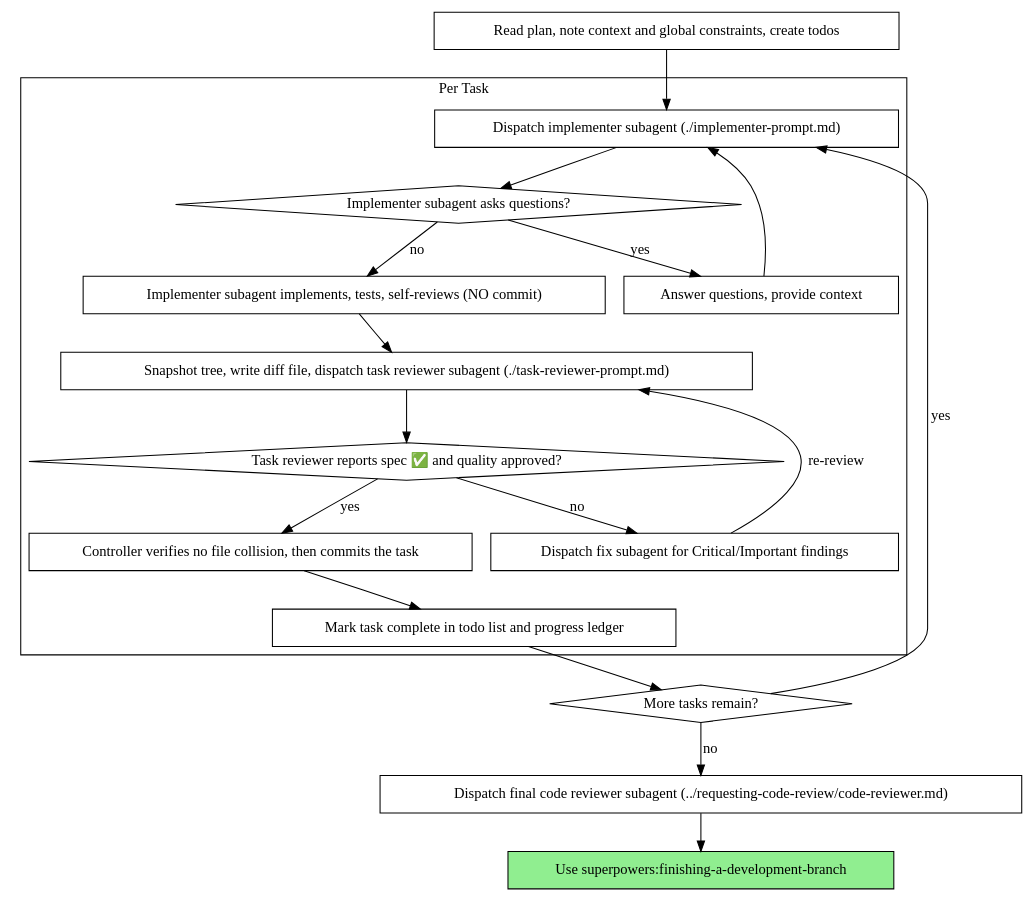
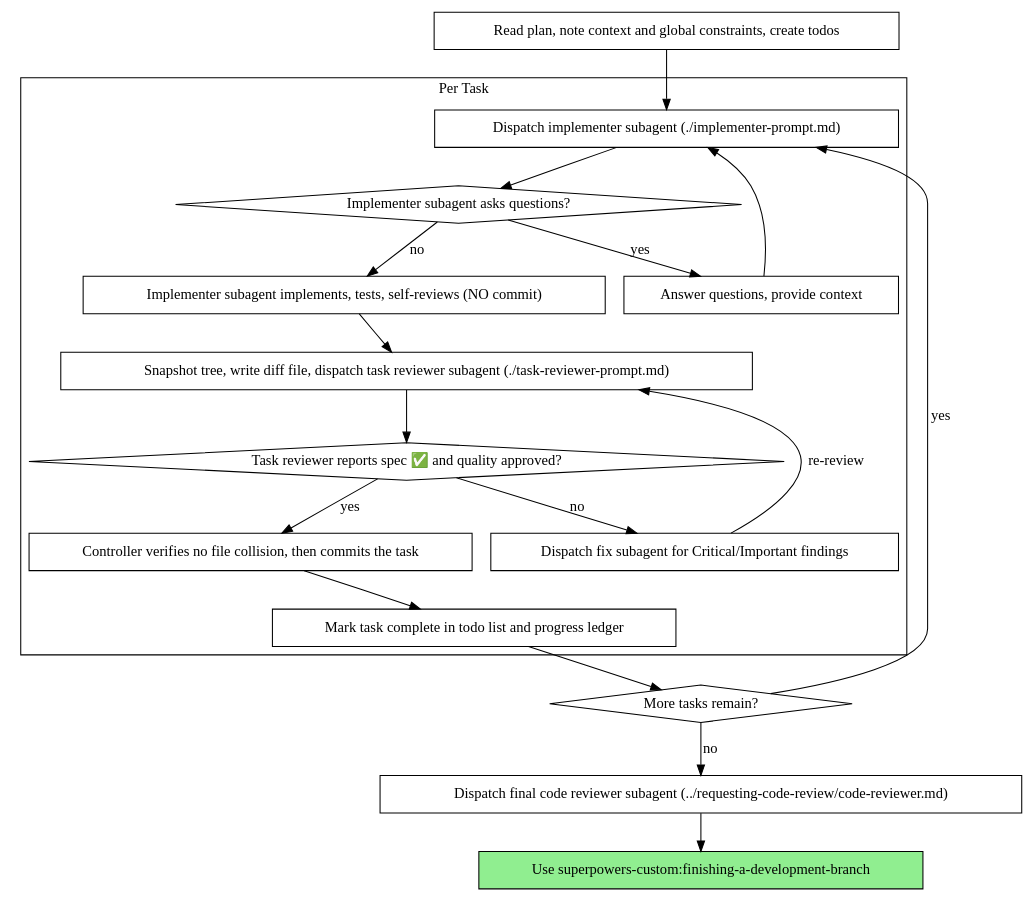
The second of 2 diagrams in skills/subagent-driven-development/SKILL.md (stanlrt/superpowers-custom), drawn with Graphviz before and after one commit. The commit also changed other lines of this file and 132 other files, not shown here.

````diff
--- a/skills/subagent-driven-development/SKILL.md
+++ b/skills/subagent-driven-development/SKILL.md
@@ -66,39 +66,39 @@
 ```dot
 digraph process {
     rankdir=TB;
 
     subgraph cluster_per_task {
         label="Per Task";
         "Dispatch implementer subagent (./implementer-prompt.md)" [shape=box];
         "Implementer subagent asks questions?" [shape=diamond];
         "Answer questions, provide context" [shape=box];
         "Implementer subagent implements, tests, self-reviews (NO commit)" [shape=box];
         "Snapshot tree, write diff file, dispatch task reviewer subagent (./task-reviewer-prompt.md)" [shape=box];
         "Task reviewer reports spec ✅ and quality approved?" [shape=diamond];
         "Dispatch fix subagent for Critical/Important findings" [shape=box];
         "Controller verifies no file collision, then commits the task" [shape=box];
         "Mark task complete in todo list and progress ledger" [shape=box];
     }
 
     "Read plan, note context and global constraints, create todos" [shape=box];
     "More tasks remain?" [shape=diamond];
     "Dispatch final code reviewer subagent (../requesting-code-review/code-reviewer.md)" [shape=box];
-    "Use superpowers:finishing-a-development-branch" [shape=box style=filled fillcolor=lightgreen];
+    "Use superpowers-custom:finishing-a-development-branch" [shape=box style=filled fillcolor=lightgreen];
 
     "Read plan, note context and global constraints, create todos" -> "Dispatch implementer subagent (./implementer-prompt.md)";
     "Dispatch implementer subagent (./implementer-prompt.md)" -> "Implementer subagent asks questions?";
     "Implementer subagent asks questions?" -> "Answer questions, provide context" [label="yes"];
     "Answer questions, provide context" -> "Dispatch implementer subagent (./implementer-prompt.md)";
     "Implementer subagent asks questions?" -> "Implementer subagent implements, tests, self-reviews (NO commit)" [label="no"];
     "Implementer subagent implements, tests, self-reviews (NO commit)" -> "Snapshot tree, write diff file, dispatch task reviewer subagent (./task-reviewer-prompt.md)";
     "Snapshot tree, write diff file, dispatch task reviewer subagent (./task-reviewer-prompt.md)" -> "Task reviewer reports spec ✅ and quality approved?";
     "Task reviewer reports spec ✅ and quality approved?" -> "Dispatch fix subagent for Critical/Important findings" [label="no"];
     "Dispatch fix subagent for Critical/Important findings" -> "Snapshot tree, write diff file, dispatch task reviewer subagent (./task-reviewer-prompt.md)" [label="re-review"];
     "Task reviewer reports spec ✅ and quality approved?" -> "Controller verifies no file collision, then commits the task" [label="yes"];
     "Controller verifies no file collision, then commits the task" -> "Mark task complete in todo list and progress ledger";
     "Mark task complete in todo list and progress ledger" -> "More tasks remain?";
     "More tasks remain?" -> "Dispatch implementer subagent (./implementer-prompt.md)" [label="yes"];
     "More tasks remain?" -> "Dispatch final code reviewer subagent (../requesting-code-review/code-reviewer.md)" [label="no"];
-    "Dispatch final code reviewer subagent (../requesting-code-review/code-reviewer.md)" -> "Use superpowers:finishing-a-development-branch";
+    "Dispatch final code reviewer subagent (../requesting-code-review/code-reviewer.md)" -> "Use superpowers-custom:finishing-a-development-branch";
 }
 ```
````
